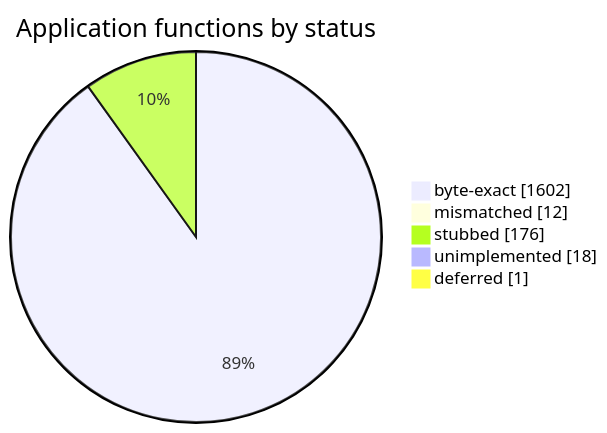
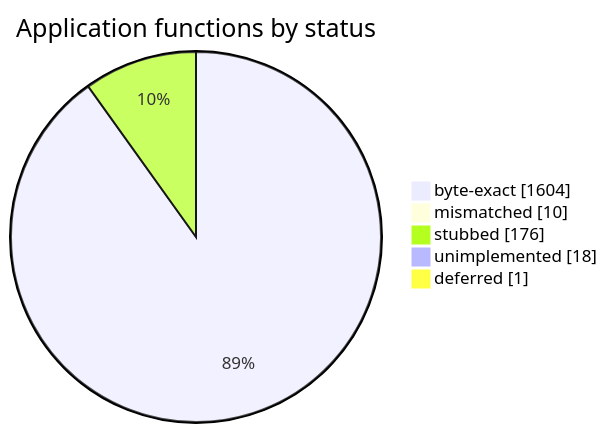
One commit to sorokya/eos changed the diagram in README.md. Above: the diagram before and after it, drawn with Mermaid. The commit also changed other lines of this file and 3 other files, not shown here.

````diff
--- a/README.md
+++ b/README.md
@@ -152,9 +152,9 @@
 ```mermaid
 pie showData
     title Application functions by status
-    "byte-exact" : 1602
-    "mismatched" : 12
+    "byte-exact" : 1604
+    "mismatched" : 10
     "stubbed" : 176
     "unimplemented" : 18
     "deferred" : 1
 ```
````
